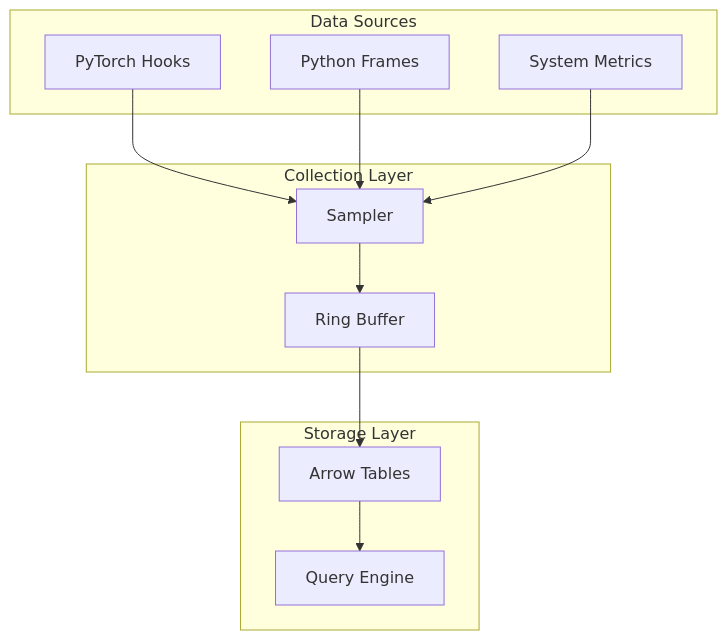
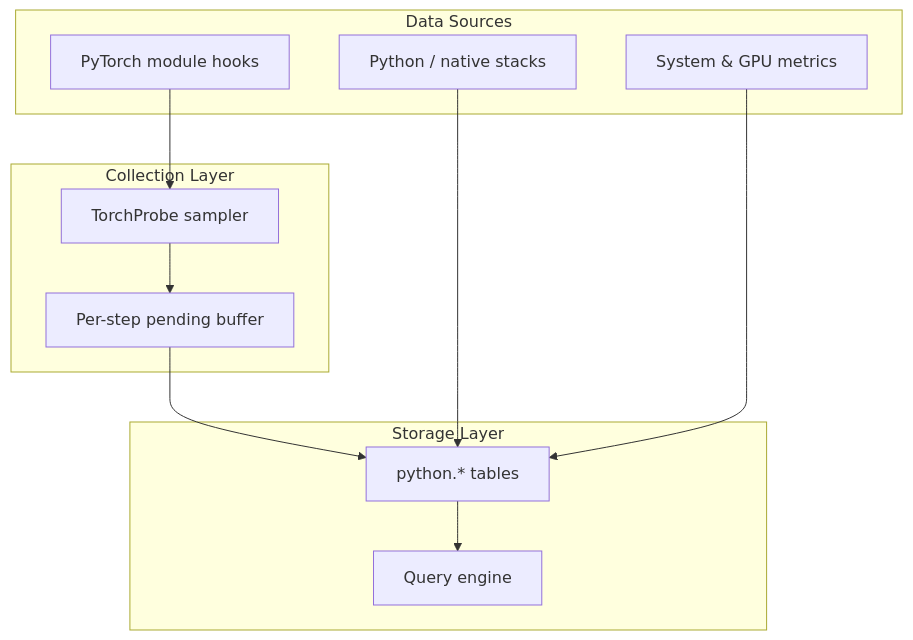
Before and after one commit to DeepLink-org/probing: the diagram in docs/src/design/profiling.md, drawn with Mermaid. The commit also changed other lines of this file and 364 other files, not shown here.

````diff
--- a/docs/src/design/profiling.md
+++ b/docs/src/design/profiling.md
@@ -16,26 +16,25 @@
 ```mermaid
 graph TB
     subgraph "Data Sources"
-        TORCH[PyTorch Hooks]
-        PYTHON[Python Frames]
-        SYSTEM[System Metrics]
+        TORCH[PyTorch module hooks]
+        PYTHON[Python / native stacks]
+        SYSTEM[System & GPU metrics]
     end
 
     subgraph "Collection Layer"
-        BUFFER[Ring Buffer]
-        SAMPLER[Sampler]
+        SAMPLER[TorchProbe sampler]
+        PENDING[Per-step pending buffer]
     end
 
     subgraph "Storage Layer"
-        ARROW[Arrow Tables]
-        QUERY[Query Engine]
+        TABLES[python.* tables]
+        QUERY[Query engine]
     end
 
     TORCH --> SAMPLER
-    PYTHON --> SAMPLER
-    SYSTEM --> SAMPLER
-
-    SAMPLER --> BUFFER
-    BUFFER --> ARROW
-    ARROW --> QUERY
+    SAMPLER --> PENDING
+    PENDING --> TABLES
+    PYTHON --> TABLES
+    SYSTEM --> TABLES
+    TABLES --> QUERY
 ```
````
